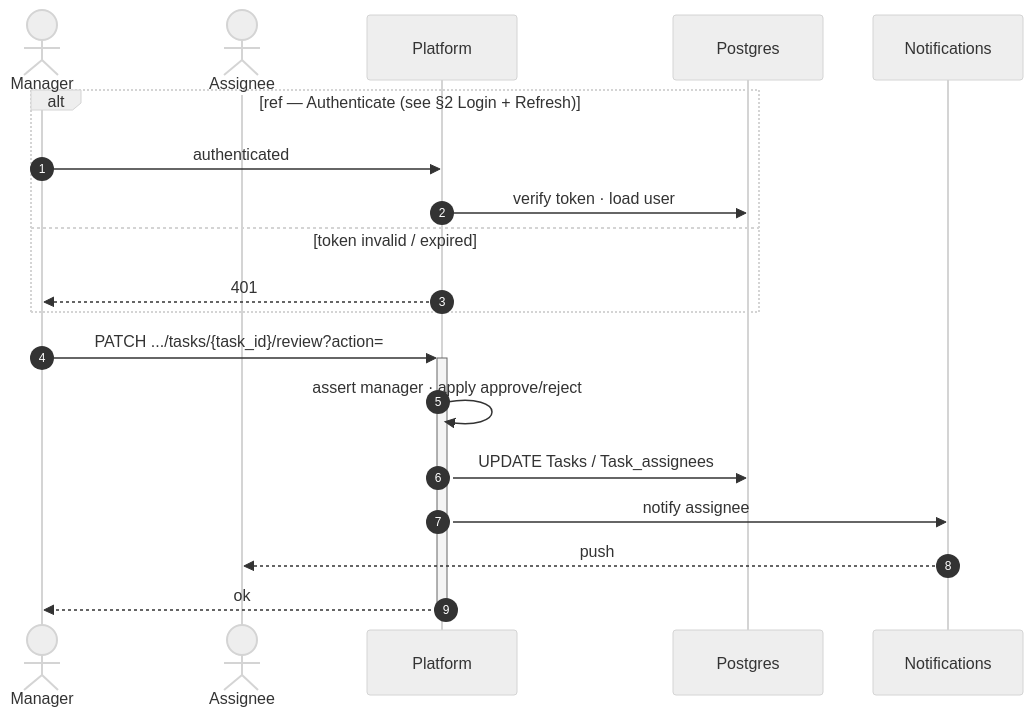
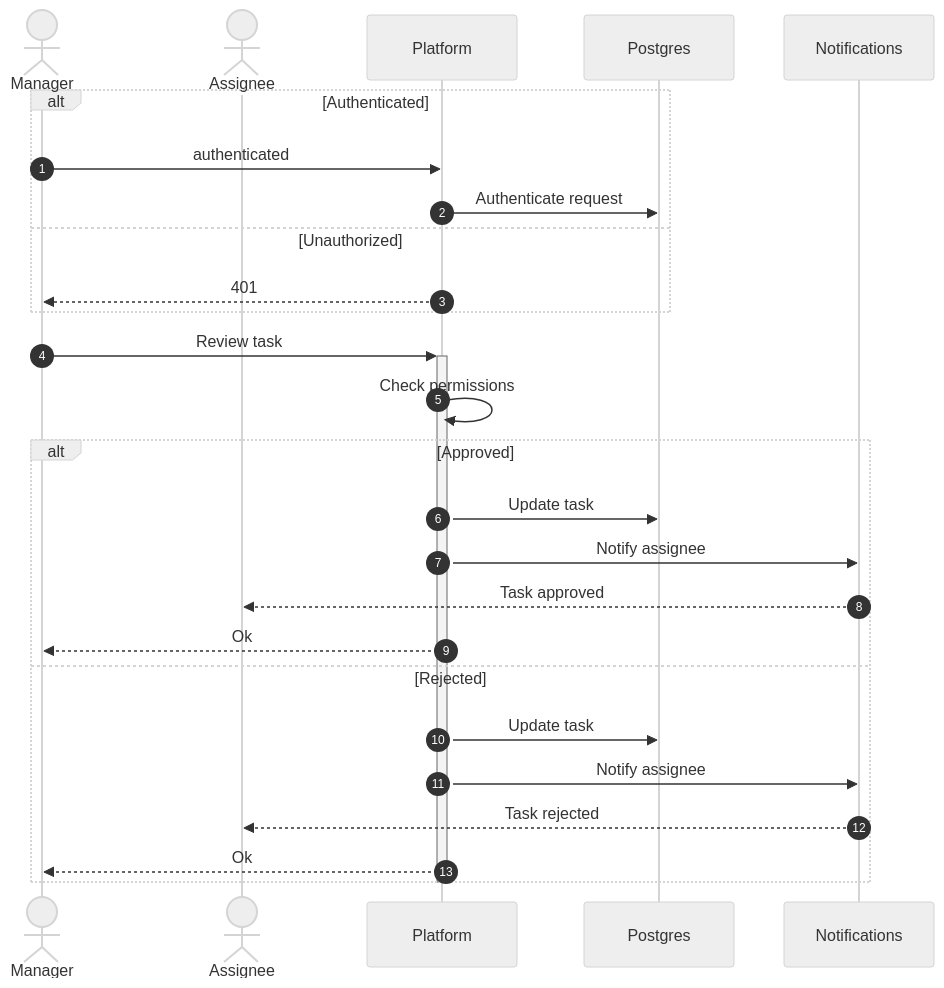
One commit to MohamedChebbi123/teamnest changed diagram 13 of 16 in docs/SEQUENCE_DIAGRAMS.md. Above: the diagram before and after it, drawn with Mermaid (neutral theme). The commit also changed other lines of this file, not shown here.

````diff
--- a/docs/SEQUENCE_DIAGRAMS.md
+++ b/docs/SEQUENCE_DIAGRAMS.md
@@ -391,23 +459,31 @@
 ```mermaid
 sequenceDiagram
     autonumber
     actor Manager
     actor Assignee
     participant API as Platform
     participant DB as Postgres
     participant Notif as Notifications
 
-    alt ref — Authenticate (see §2 Login + Refresh)
+    alt Authenticated
         Manager->>API: authenticated
-        API->>DB: verify token · load user
-    else token invalid / expired
+        API->>DB: Authenticate request
+    else Unauthorized
         API-->>Manager: 401
     end
 
-    Manager->>+API: PATCH .../tasks/{task_id}/review?action=
-    API->>API: assert manager · apply approve/reject
-    API->>DB: UPDATE Tasks / Task_assignees
-    API->>Notif: notify assignee
-    Notif-->>Assignee: push
-    API-->>-Manager: ok
+    Manager->>+API: Review task
+    API->>API: Check permissions
+    alt Approved
+        API->>DB: Update task
+        API->>Notif: Notify assignee
+        Notif-->>Assignee: Task approved
+        API-->>Manager: Ok
+    else Rejected
+        API->>DB: Update task
+        API->>Notif: Notify assignee
+        Notif-->>Assignee: Task rejected
+        API-->>Manager: Ok
+    end
+    deactivate API
 ```
````
